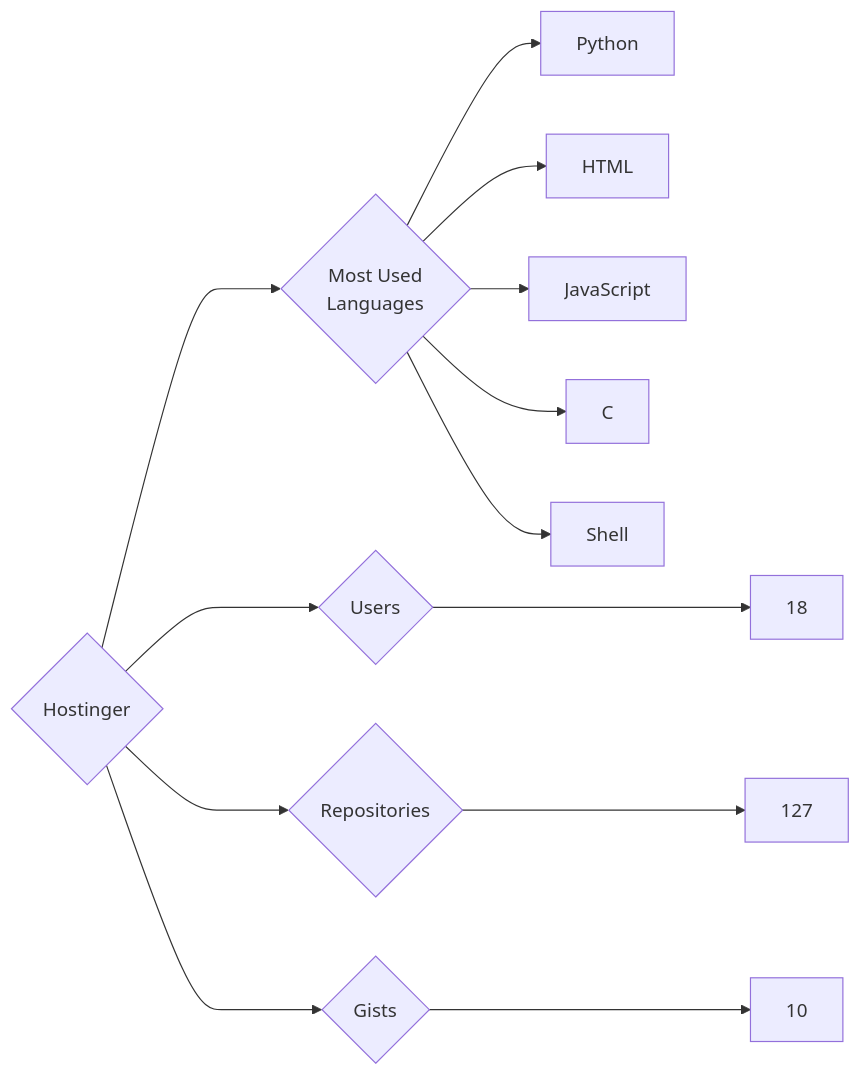
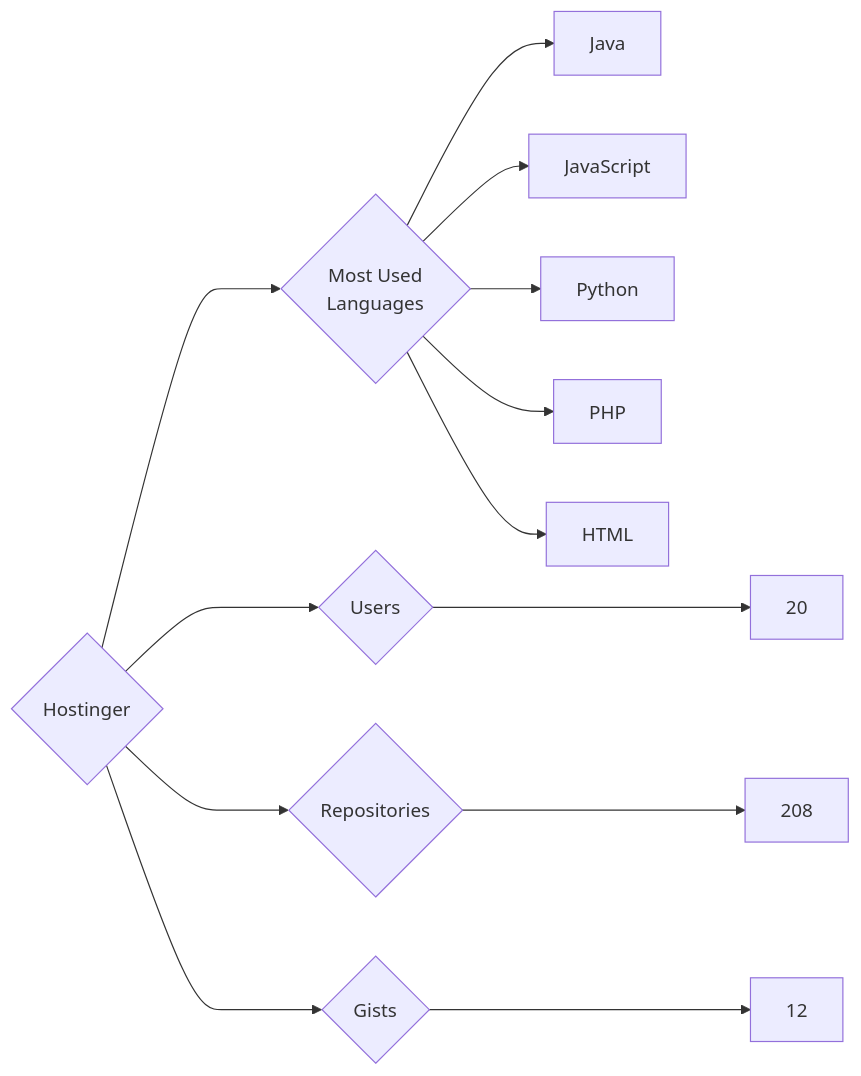
Before and after one commit to trickest/insiders: the diagram in targets/Hostinger/README.md, drawn with Mermaid. The commit also changed 773 other files, not shown here.

````diff
--- a/targets/Hostinger/README.md
+++ b/targets/Hostinger/README.md
@@ -3,13 +3,13 @@
 ```mermaid
 graph LR
 COMPANY_NAME{Hostinger}
-COMPANY_NAME ---> U{Users} ---> UN[18]
-COMPANY_NAME ---> R{Repositories} ---> RN[127]
-COMPANY_NAME ---> G{Gists} ---> GN[10]
+COMPANY_NAME ---> U{Users} ---> UN[20]
+COMPANY_NAME ---> R{Repositories} ---> RN[208]
+COMPANY_NAME ---> G{Gists} ---> GN[12]
 COMPANY_NAME ---> ML{Most Used<br>Languages}
+ML --> Java[Java]
+ML --> JavaScript[JavaScript]
 ML --> Python[Python]
+ML --> PHP[PHP]
 ML --> HTML[HTML]
-ML --> JavaScript[JavaScript]
-ML --> C[C]
-ML --> Shell[Shell]
 ```
````
